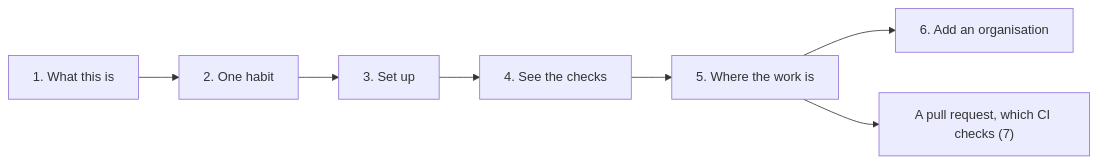
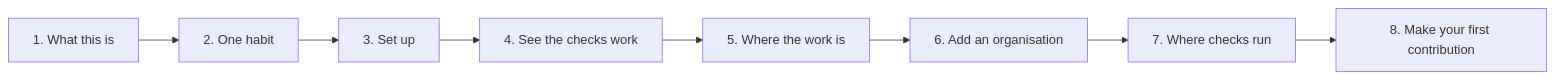
The diagram in docs/START-HERE.md (Colorado-Startups/space-peak), drawn with Mermaid before and after one commit.

Commit message:
START-HERE: the flowchart draws all eight sections, by their own titles
Review of #170 at 73ffdd5: the diagram drew seven sections, left out
"8. Make your first contribution", and added a node that is not a
section. It now draws sections 1 to 8 in the doc's order, each with its
heading's title, and nothing else.

Part of #159.

````diff
--- a/docs/START-HERE.md
+++ b/docs/START-HERE.md
@@ -10,6 +10,5 @@
 ```mermaid
 flowchart LR
-  A["1. What this is"] --> B["2. One habit"] --> C["3. Set up"] --> D["4. See the checks"] --> E["5. Where the work is"]
-  E --> F["6. Add an organisation"]
-  E --> G["A pull request, which CI checks (7)"]
+  A["1. What this is"] --> B["2. One habit"] --> C["3. Set up"] --> D["4. See the checks work"]
+  D --> E["5. Where the work is"] --> F["6. Add an organisation"] --> G["7. Where checks run"] --> H["8. Make your first contribution"]
 ```
````
